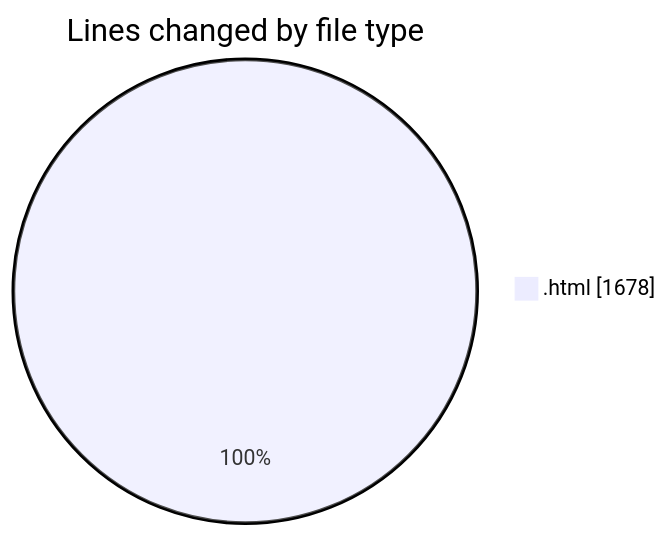
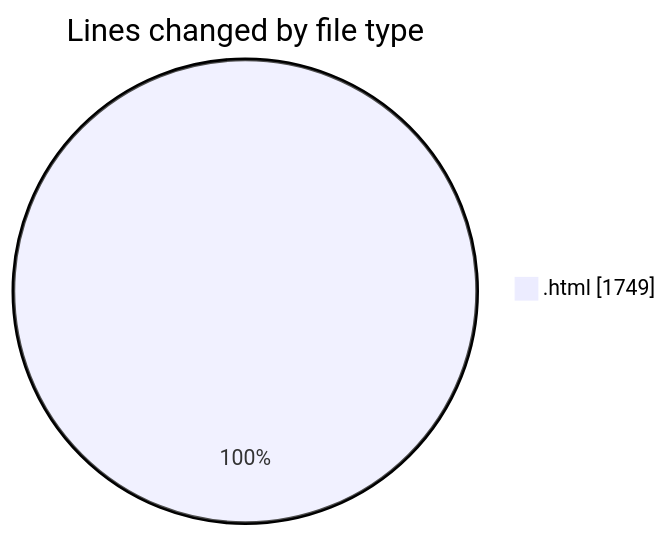
Before and after one commit to Ritupan-Deka/code-tracking: the first of 2 diagrams in 2025-05-24/projects/README.md, drawn with Mermaid. The commit also changed other lines of this file and 1 other file, not shown here.

````diff
--- a/2025-05-24/projects/README.md
+++ b/2025-05-24/projects/README.md
@@ -21,5 +21,5 @@
 ```mermaid
 pie showData
 title Lines changed by file type
-".html" : 1678
+".html" : 1749
 ```
````
